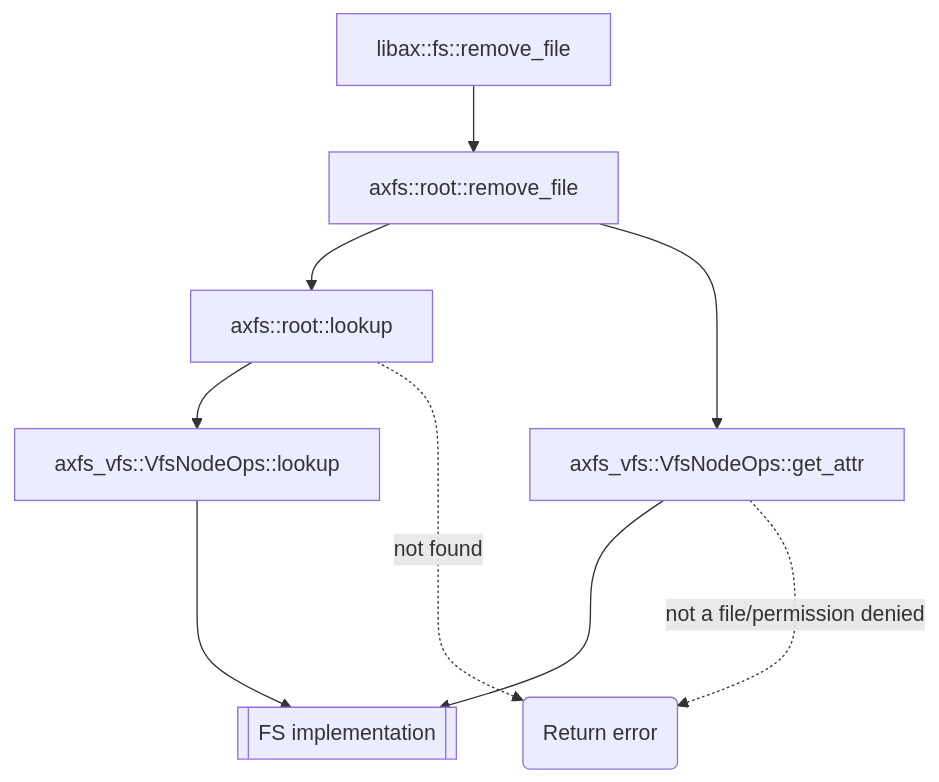
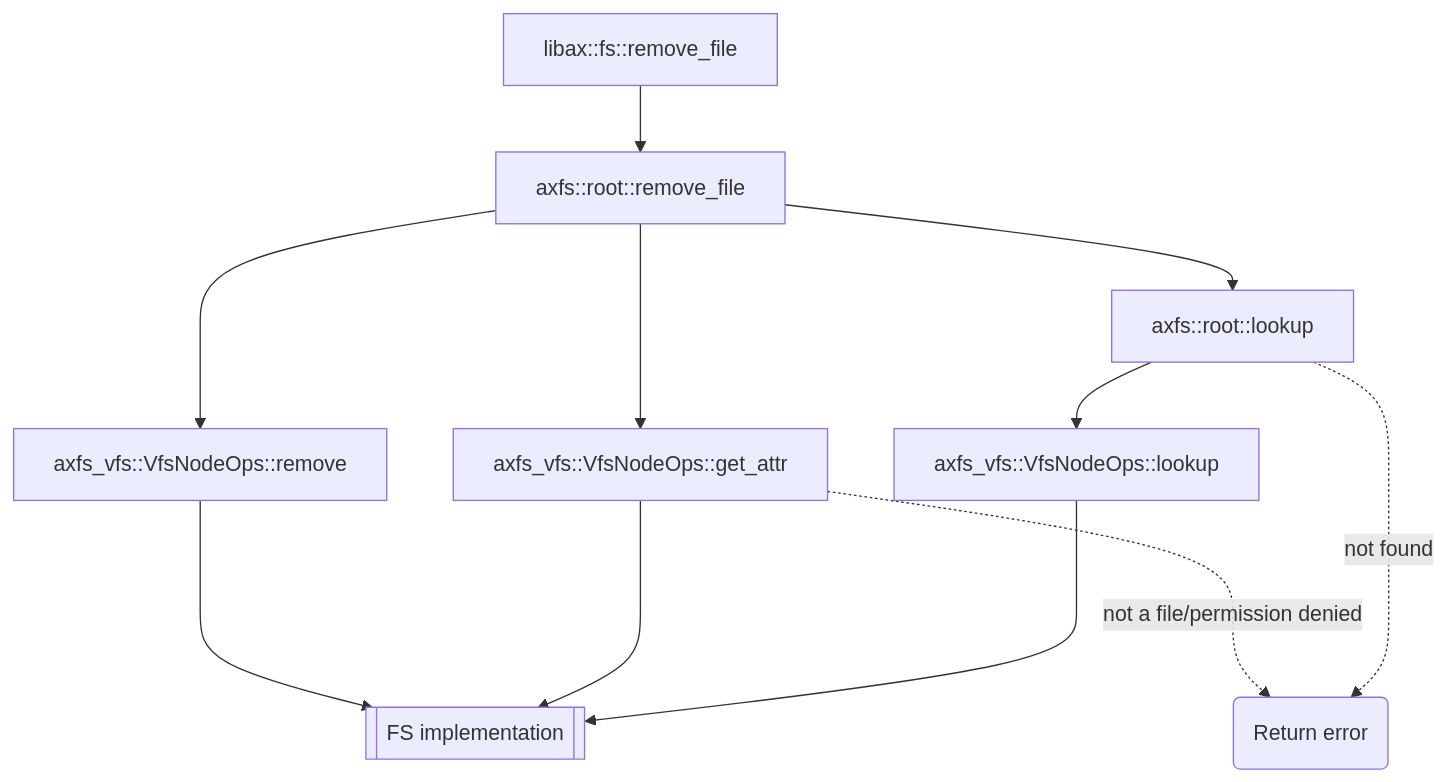
Before and after one commit to Starry-OS/Starry: the eighth of 8 diagrams in apps_fs_shell.md, drawn with Mermaid. The commit also changed other lines of this file, not shown here.

````diff
--- a/apps_fs_shell.md
+++ b/apps_fs_shell.md
@@ -296,11 +299,12 @@
 ```mermaid
 graph TD
 	lib_rm[libax::fs::remove_file] --> root_rm[axfs::root::remove_file]
 
   root_rm --> lookup[axfs::root::lookup] --> vfs_lookup["axfs_vfs::VfsNodeOps::lookup"]
   	---> fs_impl[[FS implementation]]
   lookup -.-> |not found| ret_err
   root_rm ---> meta[axfs_vfs::VfsNodeOps::get_attr] ---> fs_impl
   meta -..-> |not a file/permission denied| ret_err(Return error)
+  root_rm --> remove_[axfs_vfs::VfsNodeOps::remove] ---> fs_impl
 
 ```
````
